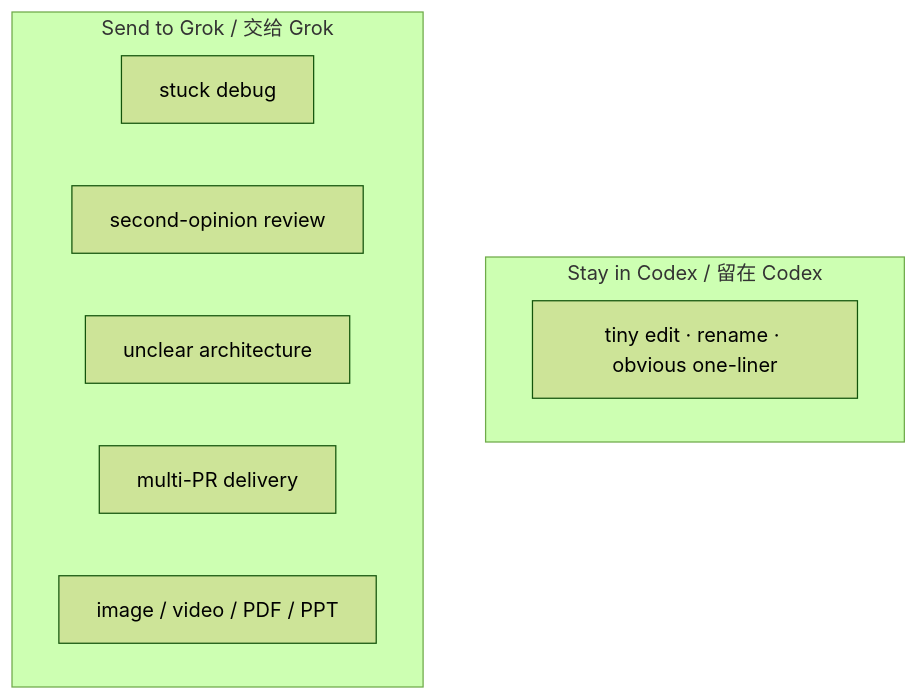
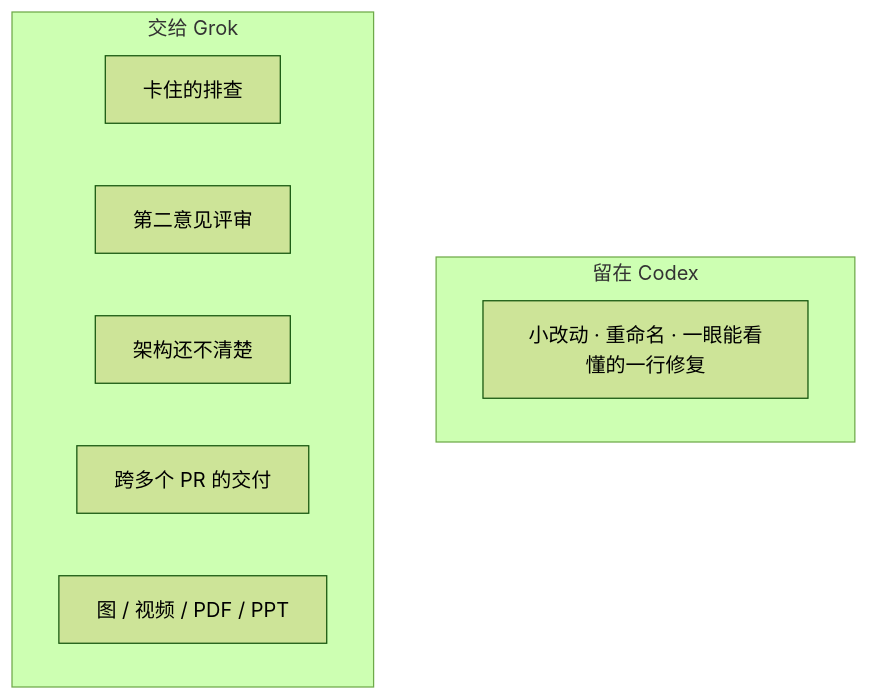
One commit to bigu1/grok-plugin-codex changed the second of 3 diagrams in README.md. Above: the diagram before and after it, drawn with Mermaid (forest theme). The commit also changed other lines of this file and 1 other file, not shown here.

````diff
--- a/README.md
+++ b/README.md
@@ -36,13 +33,13 @@
 ```mermaid
 flowchart TB
-  subgraph stay["Stay in Codex / 留在 Codex"]
-    A["tiny edit · rename · obvious one-liner"]
+  subgraph stay["留在 Codex"]
+    A["小改动 · 重命名 · 一眼能看懂的一行修复"]
   end
-  subgraph send["Send to Grok / 交给 Grok"]
-    B["stuck debug"]
-    C["second-opinion review"]
-    D["unclear architecture"]
-    E["multi-PR delivery"]
-    F["image / video / PDF / PPT"]
+  subgraph send["交给 Grok"]
+    B["卡住的排查"]
+    C["第二意见评审"]
+    D["架构还不清楚"]
+    E["跨多个 PR 的交付"]
+    F["图 / 视频 / PDF / PPT"]
   end
 ```
````
